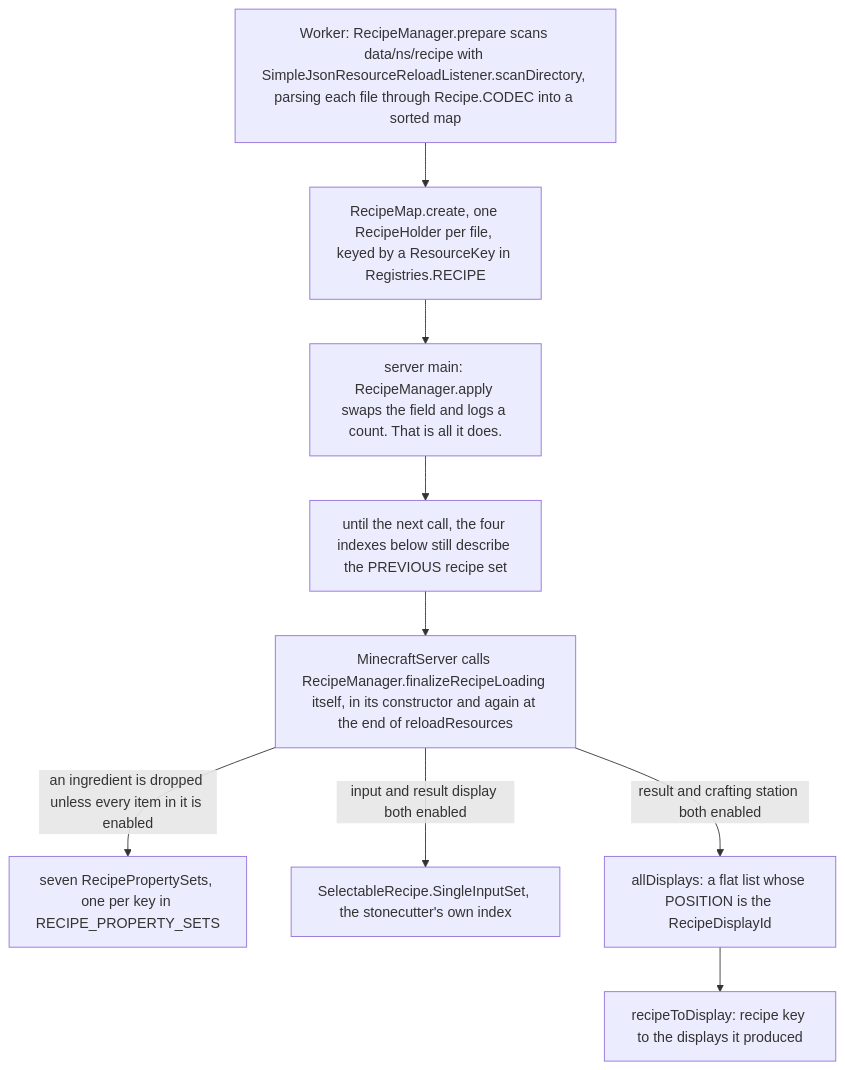
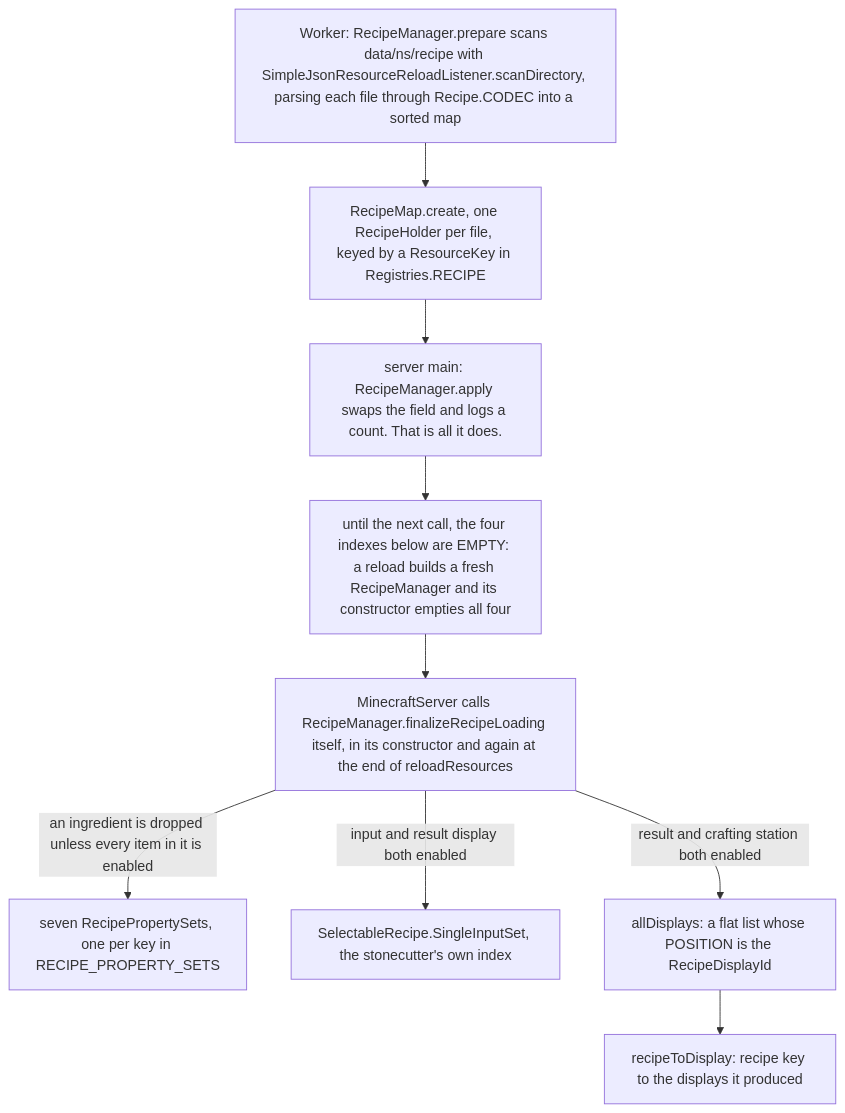
The first of 2 diagrams in src/systems/items/recipes.md (AlexanderjFraser/MinecraftDocs), drawn with Mermaid before and after one commit. The commit also changed other lines of this file and 13 other files, not shown here.

````diff
--- a/src/systems/items/recipes.md
+++ b/src/systems/items/recipes.md
@@ -40,11 +40,11 @@
 ```mermaid
 flowchart TD
     W["Worker: RecipeManager.prepare scans data/ns/recipe with SimpleJsonResourceReloadListener.scanDirectory, parsing each file through Recipe.CODEC into a sorted map"] --> M["RecipeMap.create, one RecipeHolder per file, keyed by a ResourceKey in Registries.RECIPE"]
     M --> A["server main: RecipeManager.apply swaps the field and logs a count. That is all it does."]
-    A --> GAP["until the next call, the four indexes below still describe the PREVIOUS recipe set"]
+    A --> GAP["until the next call, the four indexes below are EMPTY: a reload builds a fresh RecipeManager and its constructor empties all four"]
     GAP --> F["MinecraftServer calls RecipeManager.finalizeRecipeLoading itself, in its constructor and again at the end of reloadResources"]
     F -->|"an ingredient is dropped unless every item in it is enabled"| P1["seven RecipePropertySets, one per key in RECIPE_PROPERTY_SETS"]
     F -->|"input and result display both enabled"| P2["SelectableRecipe.SingleInputSet, the stonecutter's own index"]
     F -->|"result and crafting station both enabled"| P3["allDisplays: a flat list whose POSITION is the RecipeDisplayId"]
     P3 --> P4["recipeToDisplay: recipe key to the displays it produced"]
 ```
````
